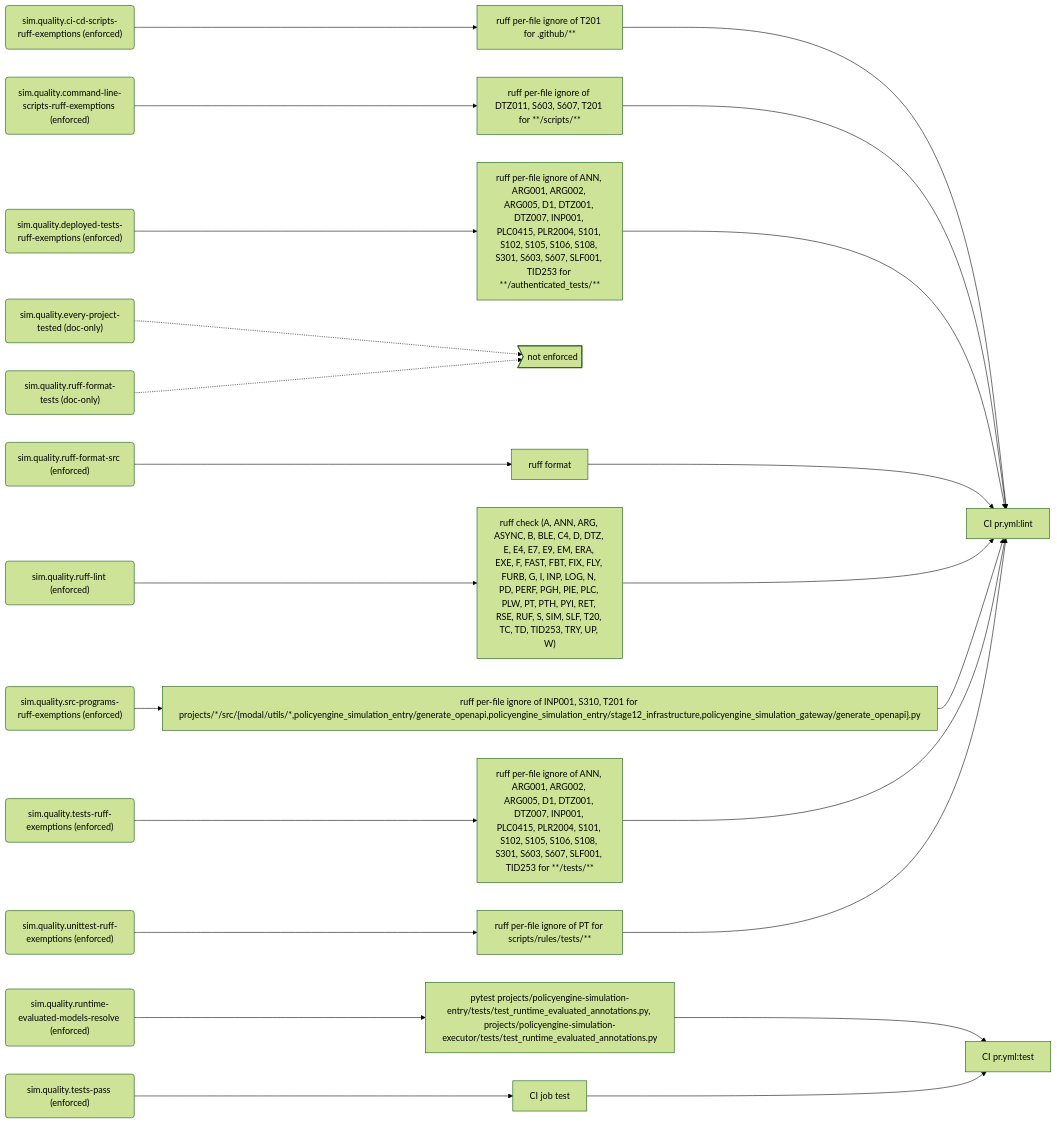
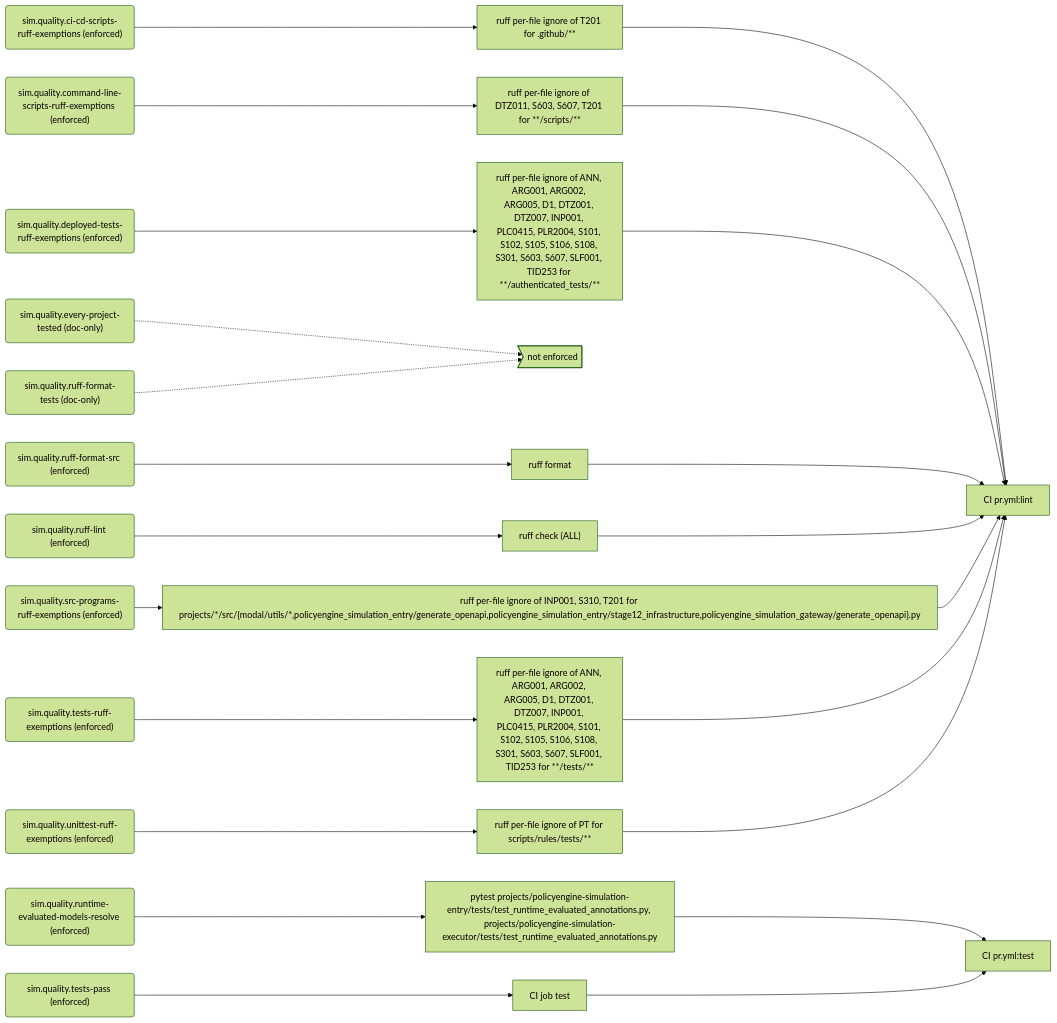
Before and after one commit to PolicyEngine/policyengine-sim-api: the sixth of 8 diagrams in docs/generated/rules.md, drawn with Mermaid (forest theme). The commit also changed other lines of this file and 5 other files, not shown here.

First line of the commit message:
Select every ruff rule (ALL)

````diff
--- a/docs/generated/rules.md
+++ b/docs/generated/rules.md
@@ -262,50 +262,50 @@
 ```mermaid
 flowchart LR
   r_sim_quality_ci_cd_scripts_ruff_exemptions("sim.quality.ci-cd-scripts-ruff-exemptions (enforced)")
   e_ruff_per_file_ignore_of_T201_for__github___["ruff per-file ignore of T201 for .github/**"]
   j_CI_pr_yml_lint["CI pr.yml:lint"]
   r_sim_quality_command_line_scripts_ruff_exemptions("sim.quality.command-line-scripts-ruff-exemptions (enforced)")
   e_ruff_per_file_ignore_of_DTZ011__S603__S607__T201_for____scripts___["ruff per-file ignore of DTZ011, S603, S607, T201 for **/scripts/**"]
   r_sim_quality_deployed_tests_ruff_exemptions("sim.quality.deployed-tests-ruff-exemptions (enforced)")
   e_ruff_per_file_ignore_of_ANN__ARG001__ARG002__ARG005__D1__DTZ001__DTZ007__INP001__PLC0415__PLR2004__S101__S102__S105__S106__S108__S301__S603__S607__SLF001__TID253_for____authenticated_tests___["ruff per-file ignore of ANN, ARG001, ARG002, ARG005, D1, DTZ001, DTZ007, INP001, PLC0415, PLR2004, S101, S102, S105, S106, S108, S301, S603, S607, SLF001, TID253 for **/authenticated_tests/**"]
   r_sim_quality_every_project_tested("sim.quality.every-project-tested (doc-only)")
   gap_unenforced>"not enforced"]
   r_sim_quality_ruff_format_src("sim.quality.ruff-format-src (enforced)")
   e_ruff_format["ruff format"]
   r_sim_quality_ruff_format_tests("sim.quality.ruff-format-tests (doc-only)")
   r_sim_quality_ruff_lint("sim.quality.ruff-lint (enforced)")
-  e_ruff_check__A__ANN__ARG__ASYNC__B__BLE__C4__D__DTZ__E__E4__E7__E9__EM__ERA__EXE__F__FAST__FBT__FIX__FLY__FURB__G__I__INP__LOG__N__PD__PERF__PGH__PIE__PLC__PLW__PT__PTH__PYI__RET__RSE__RUF__S__SIM__SLF__T20__TC__TD__TID253__TRY__UP__W_["ruff check (A, ANN, ARG, ASYNC, B, BLE, C4, D, DTZ, E, E4, E7, E9, EM, ERA, EXE, F, FAST, FBT, FIX, FLY, FURB, G, I, INP, LOG, N, PD, PERF, PGH, PIE, PLC, PLW, PT, PTH, PYI, RET, RSE, RUF, S, SIM, SLF, T20, TC, TD, TID253, TRY, UP, W)"]
+  e_ruff_check__ALL_["ruff check (ALL)"]
   r_sim_quality_runtime_evaluated_models_resolve("sim.quality.runtime-evaluated-models-resolve (enforced)")
   e_pytest_projects_policyengine_simulation_entry_tests_test_runtime_evaluated_annotations_py__projects_policyengine_simulation_executor_tests_test_runtime_evaluated_annotations_py["pytest projects/policyengine-simulation-entry/tests/test_runtime_evaluated_annotations.py, projects/policyengine-simulation-executor/tests/test_runtime_evaluated_annotations.py"]
   j_CI_pr_yml_test["CI pr.yml:test"]
   r_sim_quality_src_programs_ruff_exemptions("sim.quality.src-programs-ruff-exemptions (enforced)")
   e_ruff_per_file_ignore_of_INP001__S310__T201_for_projects___src__modal_utils___policyengine_simulation_entry_generate_openapi_policyengine_simulation_entry_stage12_infrastructure_policyengine_simulation_gateway_generate_openapi__py["ruff per-file ignore of INP001, S310, T201 for projects/*/src/{modal/utils/*,policyengine_simulation_entry/generate_openapi,policyengine_simulation_entry/stage12_infrastructure,policyengine_simulation_gateway/generate_openapi}.py"]
   r_sim_quality_tests_pass("sim.quality.tests-pass (enforced)")
   e_CI_job_test["CI job test"]
   r_sim_quality_tests_ruff_exemptions("sim.quality.tests-ruff-exemptions (enforced)")
   e_ruff_per_file_ignore_of_ANN__ARG001__ARG002__ARG005__D1__DTZ001__DTZ007__INP001__PLC0415__PLR2004__S101__S102__S105__S106__S108__S301__S603__S607__SLF001__TID253_for____tests___["ruff per-file ignore of ANN, ARG001, ARG002, ARG005, D1, DTZ001, DTZ007, INP001, PLC0415, PLR2004, S101, S102, S105, S106, S108, S301, S603, S607, SLF001, TID253 for **/tests/**"]
   r_sim_quality_unittest_ruff_exemptions("sim.quality.unittest-ruff-exemptions (enforced)")
   e_ruff_per_file_ignore_of_PT_for_scripts_rules_tests___["ruff per-file ignore of PT for scripts/rules/tests/**"]
   r_sim_quality_ci_cd_scripts_ruff_exemptions --> e_ruff_per_file_ignore_of_T201_for__github___
   e_ruff_per_file_ignore_of_T201_for__github___ --> j_CI_pr_yml_lint
   r_sim_quality_command_line_scripts_ruff_exemptions --> e_ruff_per_file_ignore_of_DTZ011__S603__S607__T201_for____scripts___
   e_ruff_per_file_ignore_of_DTZ011__S603__S607__T201_for____scripts___ --> j_CI_pr_yml_lint
   r_sim_quality_deployed_tests_ruff_exemptions --> e_ruff_per_file_ignore_of_ANN__ARG001__ARG002__ARG005__D1__DTZ001__DTZ007__INP001__PLC0415__PLR2004__S101__S102__S105__S106__S108__S301__S603__S607__SLF001__TID253_for____authenticated_tests___
   e_ruff_per_file_ignore_of_ANN__ARG001__ARG002__ARG005__D1__DTZ001__DTZ007__INP001__PLC0415__PLR2004__S101__S102__S105__S106__S108__S301__S603__S607__SLF001__TID253_for____authenticated_tests___ --> j_CI_pr_yml_lint
   r_sim_quality_every_project_tested -.-> gap_unenforced
   r_sim_quality_ruff_format_src --> e_ruff_format
   e_ruff_format --> j_CI_pr_yml_lint
   r_sim_quality_ruff_format_tests -.-> gap_unenforced
-  r_sim_quality_ruff_lint --> e_ruff_check__A__ANN__ARG__ASYNC__B__BLE__C4__D__DTZ__E__E4__E7__E9__EM__ERA__EXE__F__FAST__FBT__FIX__FLY__FURB__G__I__INP__LOG__N__PD__PERF__PGH__PIE__PLC__PLW__PT__PTH__PYI__RET__RSE__RUF__S__SIM__SLF__T20__TC__TD__TID253__TRY__UP__W_
-  e_ruff_check__A__ANN__ARG__ASYNC__B__BLE__C4__D__DTZ__E__E4__E7__E9__EM__ERA__EXE__F__FAST__FBT__FIX__FLY__FURB__G__I__INP__LOG__N__PD__PERF__PGH__PIE__PLC__PLW__PT__PTH__PYI__RET__RSE__RUF__S__SIM__SLF__T20__TC__TD__TID253__TRY__UP__W_ --> j_CI_pr_yml_lint
+  r_sim_quality_ruff_lint --> e_ruff_check__ALL_
+  e_ruff_check__ALL_ --> j_CI_pr_yml_lint
   r_sim_quality_runtime_evaluated_models_resolve --> e_pytest_projects_policyengine_simulation_entry_tests_test_runtime_evaluated_annotations_py__projects_policyengine_simulation_executor_tests_test_runtime_evaluated_annotations_py
   e_pytest_projects_policyengine_simulation_entry_tests_test_runtime_evaluated_annotations_py__projects_policyengine_simulation_executor_tests_test_runtime_evaluated_annotations_py --> j_CI_pr_yml_test
   r_sim_quality_src_programs_ruff_exemptions --> e_ruff_per_file_ignore_of_INP001__S310__T201_for_projects___src__modal_utils___policyengine_simulation_entry_generate_openapi_policyengine_simulation_entry_stage12_infrastructure_policyengine_simulation_gateway_generate_openapi__py
   e_ruff_per_file_ignore_of_INP001__S310__T201_for_projects___src__modal_utils___policyengine_simulation_entry_generate_openapi_policyengine_simulation_entry_stage12_infrastructure_policyengine_simulation_gateway_generate_openapi__py --> j_CI_pr_yml_lint
   r_sim_quality_tests_pass --> e_CI_job_test
   e_CI_job_test --> j_CI_pr_yml_test
   r_sim_quality_tests_ruff_exemptions --> e_ruff_per_file_ignore_of_ANN__ARG001__ARG002__ARG005__D1__DTZ001__DTZ007__INP001__PLC0415__PLR2004__S101__S102__S105__S106__S108__S301__S603__S607__SLF001__TID253_for____tests___
   e_ruff_per_file_ignore_of_ANN__ARG001__ARG002__ARG005__D1__DTZ001__DTZ007__INP001__PLC0415__PLR2004__S101__S102__S105__S106__S108__S301__S603__S607__SLF001__TID253_for____tests___ --> j_CI_pr_yml_lint
   r_sim_quality_unittest_ruff_exemptions --> e_ruff_per_file_ignore_of_PT_for_scripts_rules_tests___
   e_ruff_per_file_ignore_of_PT_for_scripts_rules_tests___ --> j_CI_pr_yml_lint
 ```
````
